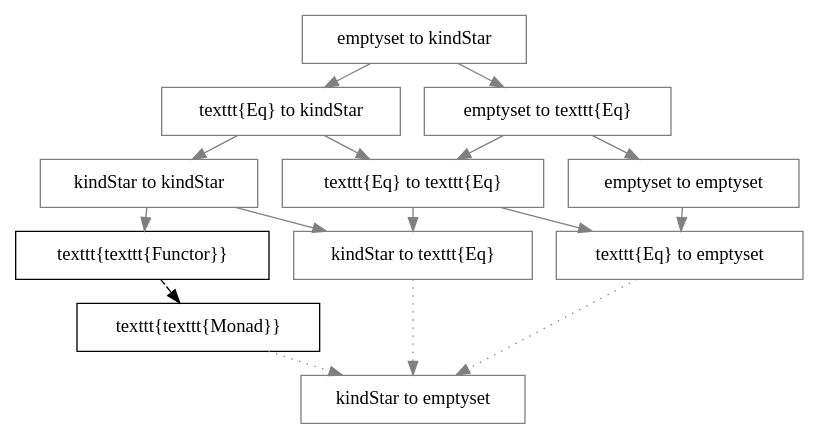
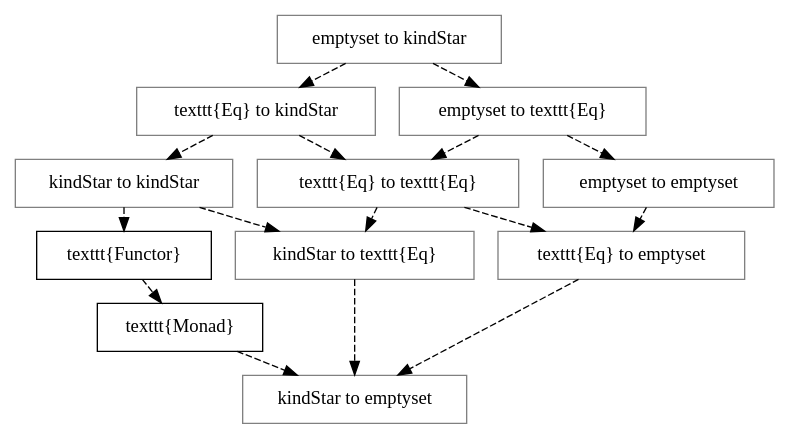
Before and after one commit to xkollar/thesis-mgr-2011: the diagram in text/diagram/kinds_star_star.dot, drawn with Graphviz. The commit also changed 7 other files, not shown here.

Commit message:
Diagrams more unified.

```diff
--- a/text/diagram/kinds_star_star.dot
+++ b/text/diagram/kinds_star_star.dot
@@ -1,41 +1,42 @@
 digraph kinds {
 	graph [ranksep=0.25];
 	node [shape=box];
 
 	"\emptyset \to \kindStar" [color=gray];
 	"\texttt{Eq} \to \kindStar" [color=gray];
 	"\emptyset \to \texttt{Eq}" [color=gray];
 	"\kindStar \to \kindStar" [color=gray];
 	"\texttt{Eq} \to \texttt{Eq}" [color=gray];
 	"\emptyset \to \emptyset" [color=gray];
 	"\kindStar \to \texttt{Eq}" [color=gray];
 	"\texttt{Eq} \to \emptyset" [color=gray];
+	"\kindStar \to \emptyset" [color=gray];
 
-	"\emptyset \to \kindStar" -> "\texttt{Eq} \to \kindStar" [color=gray];
-	"\emptyset \to \kindStar" -> "\emptyset \to \texttt{Eq}" [color=gray];
-	"\texttt{Eq} \to \kindStar" -> "\kindStar \to \kindStar" [color=gray];
-	"\texttt{Eq} \to \kindStar" -> "\texttt{Eq} \to \texttt{Eq}" [color=gray];
-	"\emptyset \to \texttt{Eq}" -> "\texttt{Eq} \to \texttt{Eq}" [color=gray];
-	"\emptyset \to \texttt{Eq}" -> "\emptyset \to \emptyset" [color=gray];
+	"\emptyset \to \kindStar" -> "\texttt{Eq} \to \kindStar" [style=dashed];
+	"\emptyset \to \kindStar" -> "\emptyset \to \texttt{Eq}" [style=dashed];
+	"\texttt{Eq} \to \kindStar" -> "\kindStar \to \kindStar" [style=dashed];
+	"\texttt{Eq} \to \kindStar" -> "\texttt{Eq} \to \texttt{Eq}" [style=dashed];
+	"\emptyset \to \texttt{Eq}" -> "\texttt{Eq} \to \texttt{Eq}" [style=dashed];
+	"\emptyset \to \texttt{Eq}" -> "\emptyset \to \emptyset" [style=dashed];
 
 	//"\kindStar \to \kindStar" -> "\kindStar \to \texttt{Eq}"
-	"\kindStar \to \kindStar" -> "\texttt{\texttt{Functor}}" [color=gray];
-	"\kindStar \to \kindStar" -> "\kindStar \to \texttt{Eq}" [color=gray];
-	"\texttt{\texttt{Functor}}" -> "\texttt{\texttt{Monad}}" [style=dashed];
-	"\texttt{\texttt{Monad}}" -> "\kindStar \to \emptyset" [style=dotted,color=gray];
+	"\kindStar \to \kindStar" -> "\texttt{Functor}" [style=dashed];
+	"\kindStar \to \kindStar" -> "\kindStar \to \texttt{Eq}" [style=dashed];
+	"\texttt{Functor}" -> "\texttt{Monad}" [style=dashed];
+	"\texttt{Monad}" -> "\kindStar \to \emptyset" [style=dashed];
 
 	{rank=same; "\kindStar \to \texttt{Eq}"; "\texttt{Eq} \to \emptyset"};
 	{rank=same; "\texttt{Eq} \to \kindStar"; "\emptyset \to \texttt{Eq}"};
 	{rank=same; "\texttt{Eq} \to \texttt{Eq}"; "\emptyset \to \emptyset"; "\kindStar \to \kindStar"};
 
-	"\texttt{Eq} \to \texttt{Eq}" -> "\kindStar \to \texttt{Eq}" [color=gray];
-	"\texttt{Eq} \to \texttt{Eq}" -> "\texttt{Eq} \to \emptyset" [color=gray];
-	"\emptyset \to \emptyset" -> "\texttt{Eq} \to \emptyset" [color=gray];
-	"\kindStar \to \texttt{Eq}" -> "\kindStar \to \emptyset" [style=dotted,color=gray];
-	"\texttt{Eq} \to \emptyset" -> "\kindStar \to \emptyset" [style=dotted,color=gray];
-	// "\emptyset \to \emptyset" -> "\kindStar \to \emptyset" [style=dotted,color=gray]
+	"\texttt{Eq} \to \texttt{Eq}" -> "\kindStar \to \texttt{Eq}" [style=dashed];
+	"\texttt{Eq} \to \texttt{Eq}" -> "\texttt{Eq} \to \emptyset" [style=dashed];
+	"\emptyset \to \emptyset" -> "\texttt{Eq} \to \emptyset" [style=dashed];
+	"\kindStar \to \texttt{Eq}" -> "\kindStar \to \emptyset" [style=dashed];
+	"\texttt{Eq} \to \emptyset" -> "\kindStar \to \emptyset" [style=dashed];
+	// "\emptyset \to \emptyset" -> "\kindStar \to \emptyset" [style=dashed,color=gray]
 
-	"\emptyset \to \emptyset" [color=gray];
-	"\texttt{Eq} \to \emptyset" [color=gray];
-	"\kindStar \to \emptyset" [color=gray];
+	// "\emptyset \to \emptyset" [color=gray];
+	// "\texttt{Eq} \to \emptyset" [color=gray];
+	// "\kindStar \to \emptyset" [color=gray];
 }
```
